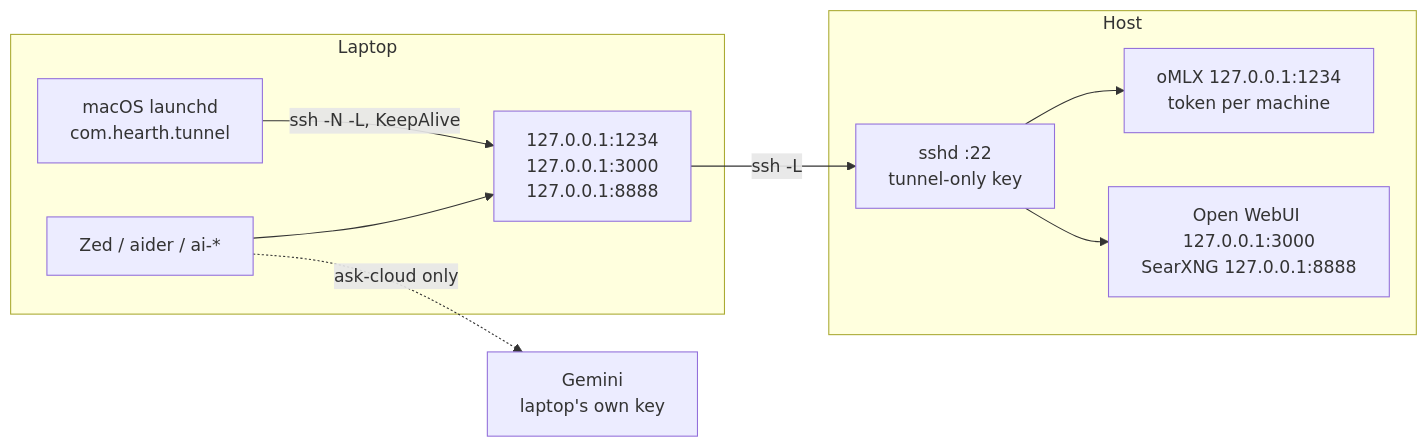
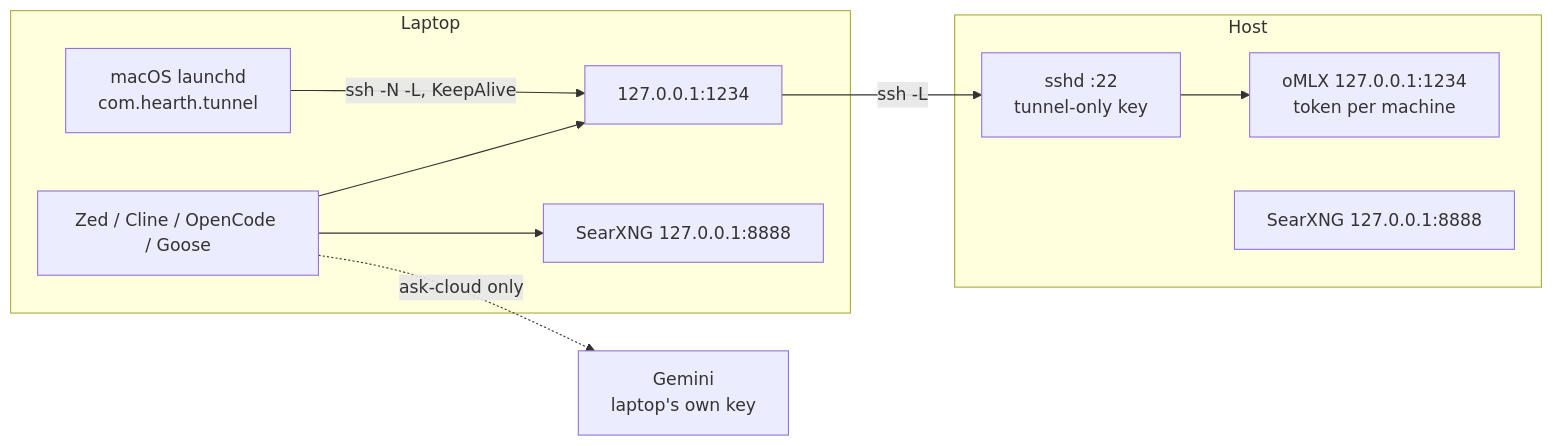
The diagram in docs/LAPTOP.md (ouster/hearth), drawn with Mermaid before and after one commit. The commit also changed other lines of this file and 27 other files, not shown here.

First line of the commit message:
Drop Open WebUI and keep SearXNG on the machine that searches.

````diff
--- a/docs/LAPTOP.md
+++ b/docs/LAPTOP.md
@@ -8,20 +8,21 @@
 ```mermaid
 flowchart LR
     subgraph laptop["Laptop"]
-        lz["Zed / aider / ai-*"]
+        lz["Zed / Cline / OpenCode / Goose"]
         ld["macOS launchd<br/>com.hearth.tunnel"]
-        lp["127.0.0.1:1234<br/>127.0.0.1:3000<br/>127.0.0.1:8888"]
+        lp["127.0.0.1:1234"]
+        lsx["SearXNG 127.0.0.1:8888"]
     end
     subgraph host["Host"]
         sshd["sshd :22<br/>tunnel-only key"]
         srv["oMLX 127.0.0.1:1234<br/>token per machine"]
-        webui["Open WebUI 127.0.0.1:3000<br/>SearXNG 127.0.0.1:8888"]
+        hsx["SearXNG 127.0.0.1:8888"]
     end
     gem["Gemini<br/>laptop's own key"]
     ld -->|"ssh -N -L, KeepAlive"| lp
     lz --> lp
+    lz --> lsx
     lp -->|"ssh -L"| sshd
     sshd --> srv
-    sshd --> webui
     lz -.->|"ask-cloud only"| gem
 ```
````
